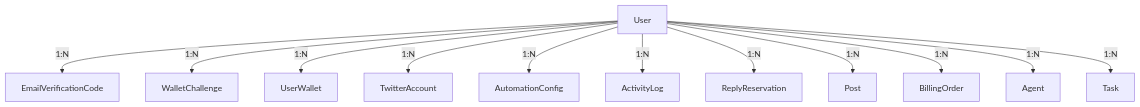
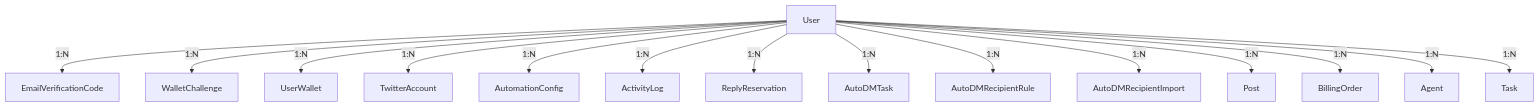
One commit to OctoAgentFlow/octo-agent changed the diagram in docs/database/er-diagram.md. Above: the diagram before and after it, drawn with Mermaid. The commit also changed 22 other files, not shown here.

````diff
--- a/docs/database/er-diagram.md
+++ b/docs/database/er-diagram.md
@@ -7,14 +7,17 @@
 ```mermaid
 flowchart TD
   User -->|1:N| EmailVerificationCode
   User -->|1:N| WalletChallenge
   User -->|1:N| UserWallet
   User -->|1:N| TwitterAccount
   User -->|1:N| AutomationConfig
   User -->|1:N| ActivityLog
   User -->|1:N| ReplyReservation
+  User -->|1:N| AutoDMTask
+  User -->|1:N| AutoDMRecipientRule
+  User -->|1:N| AutoDMRecipientImport
   User -->|1:N| Post
   User -->|1:N| BillingOrder
   User -->|1:N| Agent
   User -->|1:N| Task
 ```
````
